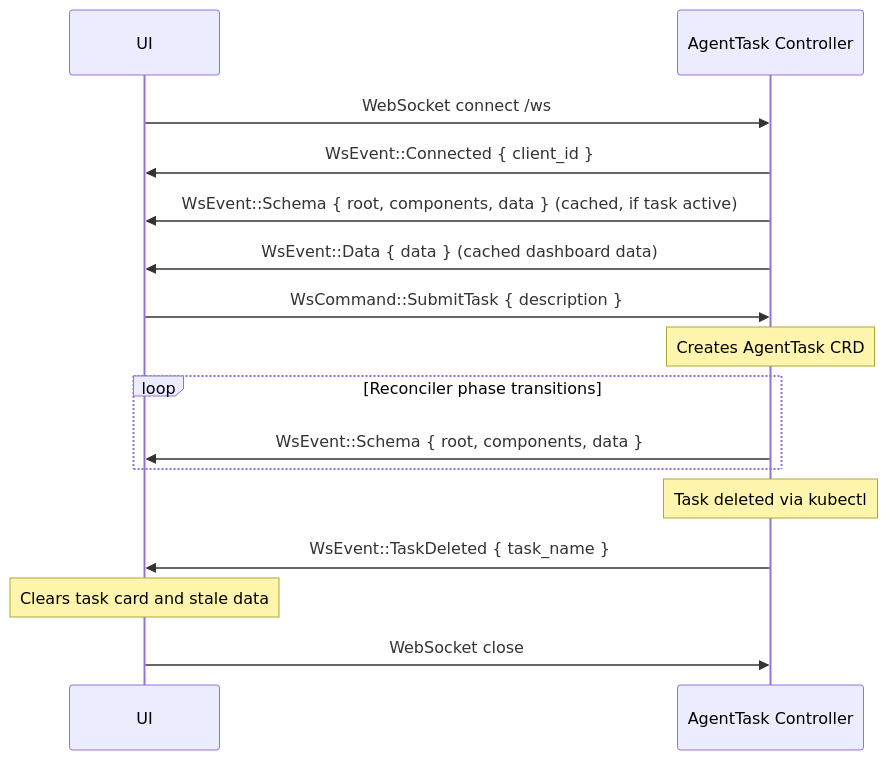
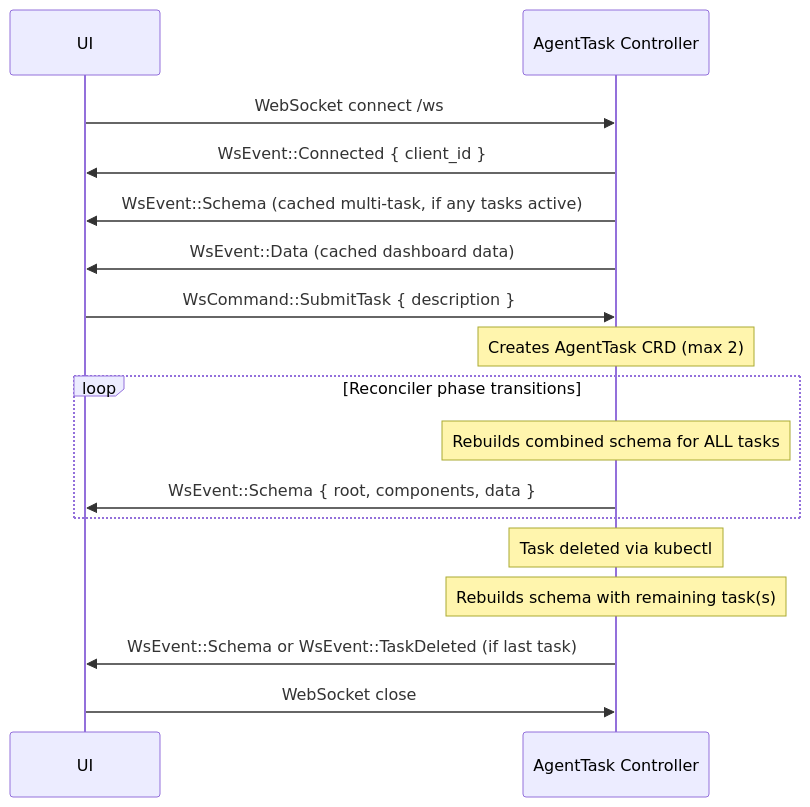
The first of 2 diagrams in docs/arch/15-ws-protocol.md (dshcherbatiuk/forgemaster), drawn with Mermaid before and after one commit. The commit also changed other lines of this file and 10 other files, not shown here.

First line of the commit message:
feat: Add multi-task tab support with limit enforcement and fix A2UI theme crash

````diff
--- a/docs/arch/15-ws-protocol.md
+++ b/docs/arch/15-ws-protocol.md
@@ -25,23 +70,24 @@
 ```mermaid
 sequenceDiagram
     participant UI
     participant Controller as AgentTask Controller
 
     UI->>Controller: WebSocket connect /ws
     Controller->>UI: WsEvent::Connected { client_id }
-    Controller->>UI: WsEvent::Schema { root, components, data } (cached, if task active)
-    Controller->>UI: WsEvent::Data { data } (cached dashboard data)
+    Controller->>UI: WsEvent::Schema (cached multi-task, if any tasks active)
+    Controller->>UI: WsEvent::Data (cached dashboard data)
 
     UI->>Controller: WsCommand::SubmitTask { description }
-    Note over Controller: Creates AgentTask CRD
+    Note over Controller: Creates AgentTask CRD (max 2)
 
     loop Reconciler phase transitions
+        Note over Controller: Rebuilds combined schema for ALL tasks
         Controller->>UI: WsEvent::Schema { root, components, data }
     end
 
     Note over Controller: Task deleted via kubectl
-    Controller->>UI: WsEvent::TaskDeleted { task_name }
-    Note over UI: Clears task card and stale data
+    Note over Controller: Rebuilds schema with remaining task(s)
+    Controller->>UI: WsEvent::Schema or WsEvent::TaskDeleted (if last task)
 
     UI->>Controller: WebSocket close
 ```
````
